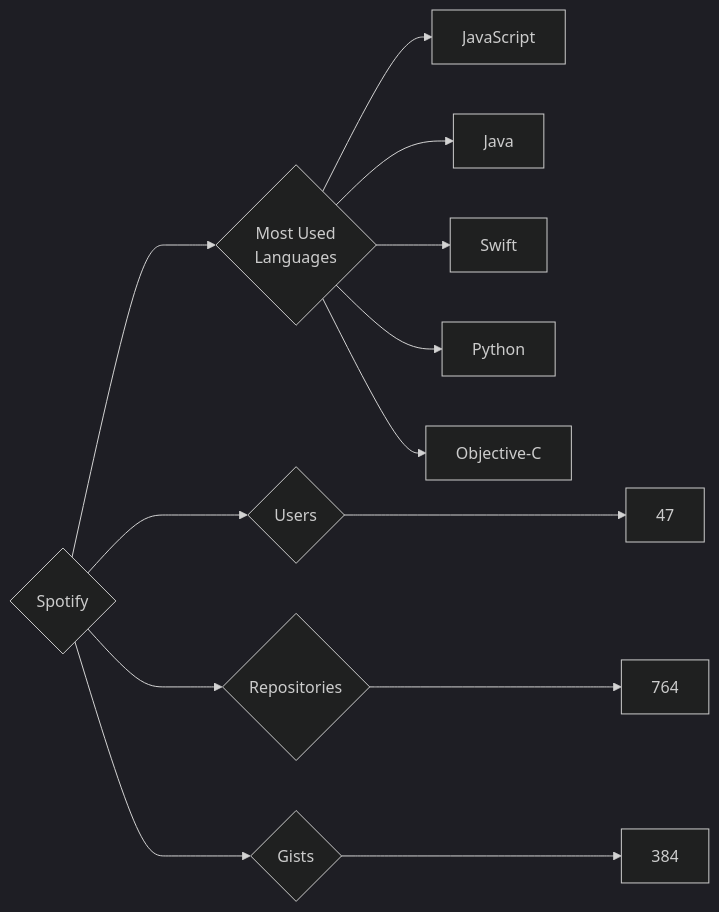
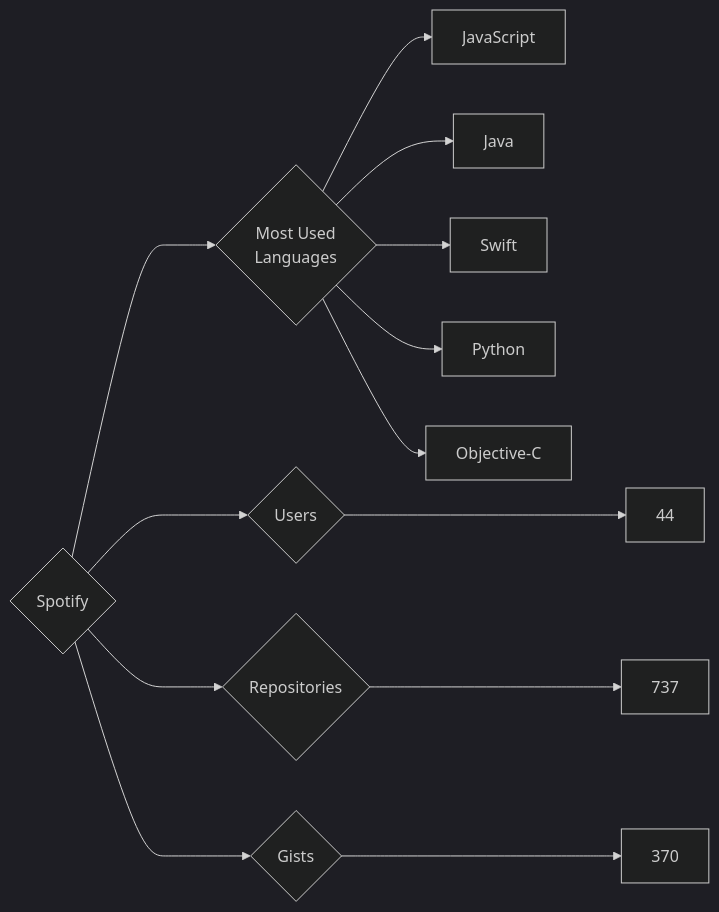
One commit to trickest/insiders changed the diagram in targets/Spotify/README.md. Above: the diagram before and after it, drawn with Mermaid (dark theme). The commit also changed 728 other files, not shown here.

````diff
--- a/targets/Spotify/README.md
+++ b/targets/Spotify/README.md
@@ -3,13 +3,13 @@
 ```mermaid
 graph LR
 COMPANY_NAME{Spotify}
-COMPANY_NAME ---> U{Users} ---> UN[47]
-COMPANY_NAME ---> R{Repositories} ---> RN[764]
-COMPANY_NAME ---> G{Gists} ---> GN[384]
+COMPANY_NAME ---> U{Users} ---> UN[44]
+COMPANY_NAME ---> R{Repositories} ---> RN[737]
+COMPANY_NAME ---> G{Gists} ---> GN[370]
 COMPANY_NAME ---> ML{Most Used<br>Languages}
 ML --> JavaScript[JavaScript]
 ML --> Java[Java]
 ML --> Swift[Swift]
 ML --> Python[Python]
 ML --> Objective-C[Objective-C]
 ```
````
